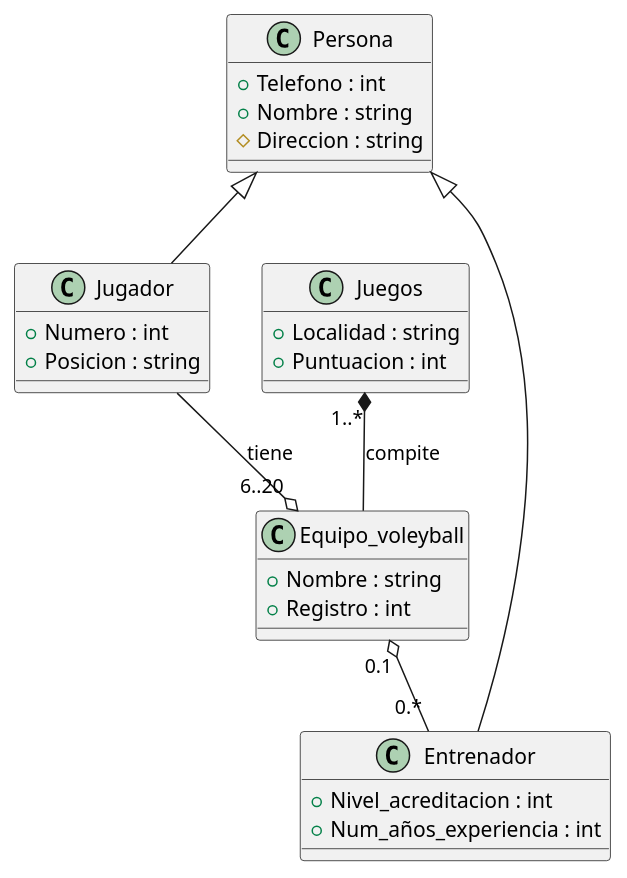
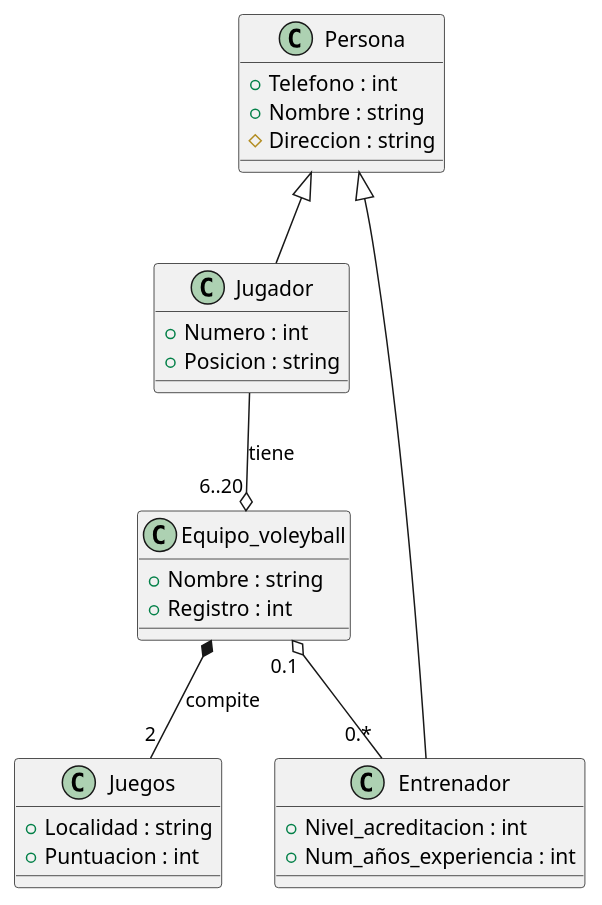
One commit to ValCicco/IS-022023 changed the diagram in docs/diagrams/Reto04-clases.plantuml. Above: the diagram before and after it, drawn with PlantUML. The commit also changed 2 other files, not shown here.

```diff
--- a/docs/diagrams/Reto04-clases.plantuml
+++ b/docs/diagrams/Reto04-clases.plantuml
@@ -1,32 +1,31 @@
 @startuml Reto04
 class Equipo_voleyball{
     + Nombre : string 
     + Registro : int 
 }
 class Persona{
     + Telefono : int
     + Nombre : string
     # Direccion : string 
 }
 class Entrenador{
     + Nivel_acreditacion : int
     + Num_años_experiencia : int
 
 }
 class Jugador{
     + Numero : int 
     + Posicion : string 
 
 }
 class Juegos{
     + Localidad : string 
     + Puntuacion : int
 
 }
 Equipo_voleyball "0.1" o-- "0.*" Entrenador
 Equipo_voleyball "6..20" o-up- Jugador : tiene
 Persona <|-- Entrenador
 Persona <|-- Jugador
-Juegos "1..*" *-- Equipo_voleyball : compite
-
+Equipo_voleyball *-- "2" Juegos : compite
 @enduml
```
